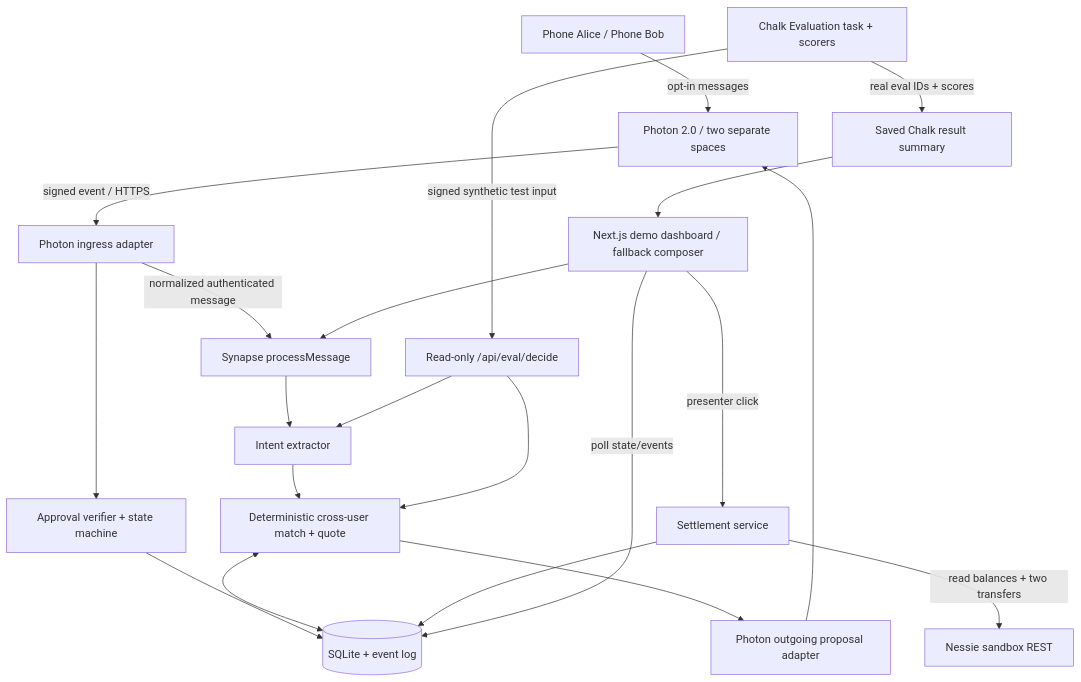
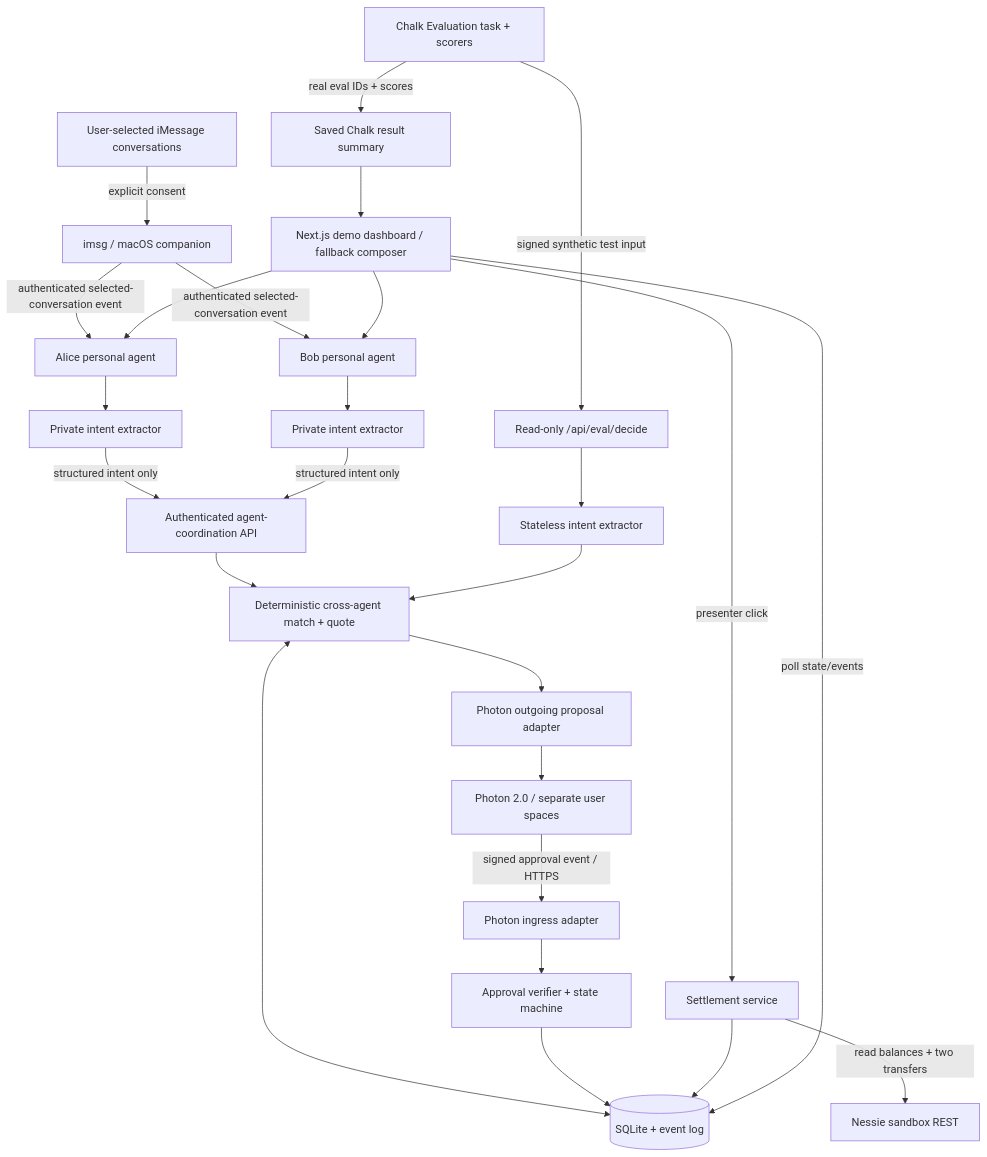
The diagram in Synapse_HackHarvard_Build_Spec (1).md (johnquevedo/HackHarvard), drawn with Mermaid before and after one commit. The commit also changed other lines of this file, not shown here.

Commit message:
docs: update Synapse messaging architecture

````diff
--- a/Synapse_HackHarvard_Build_Spec (1).md
+++ b/Synapse_HackHarvard_Build_Spec (1).md
@@ -60,23 +60,28 @@
 ```mermaid
 flowchart TD
-    A[Phone Alice / Phone Bob] -->|opt-in messages| PH[Photon 2.0 / two separate spaces]
-    PH -->|signed event / HTTPS| WH[Photon ingress adapter]
-    WH -->|normalized authenticated message| CORE[Synapse processMessage]
-    WEB[Next.js demo dashboard / fallback composer] --> CORE
-    CORE --> INT[Intent extractor]
-    INT --> MATCH[Deterministic cross-user match + quote]
+    A[User-selected iMessage conversations] -->|explicit consent| IM[imsg / macOS companion]
+    IM -->|authenticated selected-conversation event| IA[Alice personal agent]
+    IM -->|authenticated selected-conversation event| IB[Bob personal agent]
+    WEB[Next.js demo dashboard / fallback composer] --> IA
+    WEB --> IB
+    IA --> INTA[Private intent extractor]
+    IB --> INTB[Private intent extractor]
+    INTA -->|structured intent only| COORD[Authenticated agent-coordination API]
+    INTB -->|structured intent only| COORD
+    COORD --> MATCH[Deterministic cross-agent match + quote]
     MATCH <--> DB[(SQLite + event log)]
     MATCH --> OUT[Photon outgoing proposal adapter]
-    OUT --> PH
+    OUT --> PH[Photon 2.0 / separate user spaces]
+    PH -->|signed approval event / HTTPS| WH[Photon ingress adapter]
     WH --> DEC[Approval verifier + state machine]
     DEC --> DB
     WEB -->|presenter click| SET[Settlement service]
     SET -->|read balances + two transfers| N[Nessie sandbox REST]
     SET --> DB
     CH[Chalk Evaluation task + scorers] -->|signed synthetic test input| EV[Read-only /api/eval/decide]
-    EV --> INT
-    EV --> MATCH
+    EV --> EINT[Stateless intent extractor]
+    EINT --> MATCH
     CH -->|real eval IDs + scores| REPORT[Saved Chalk result summary]
     REPORT --> WEB
     WEB -->|poll state/events| DB
 ```
````
